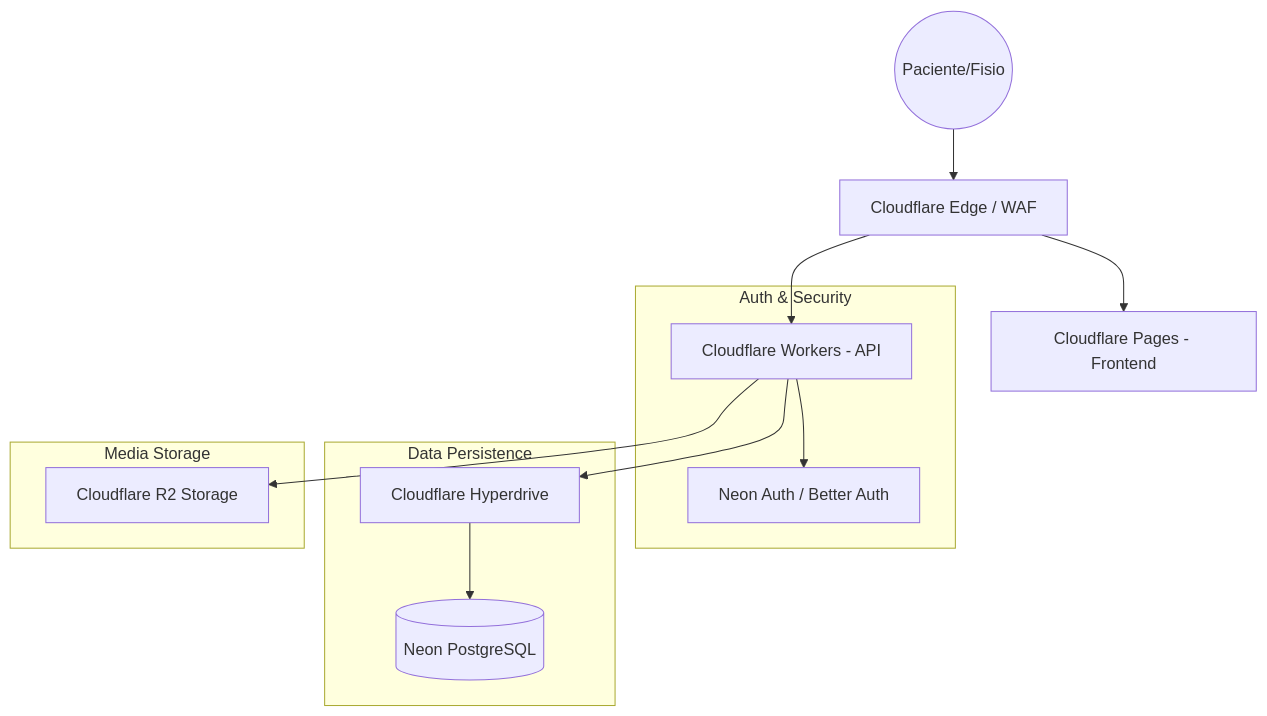
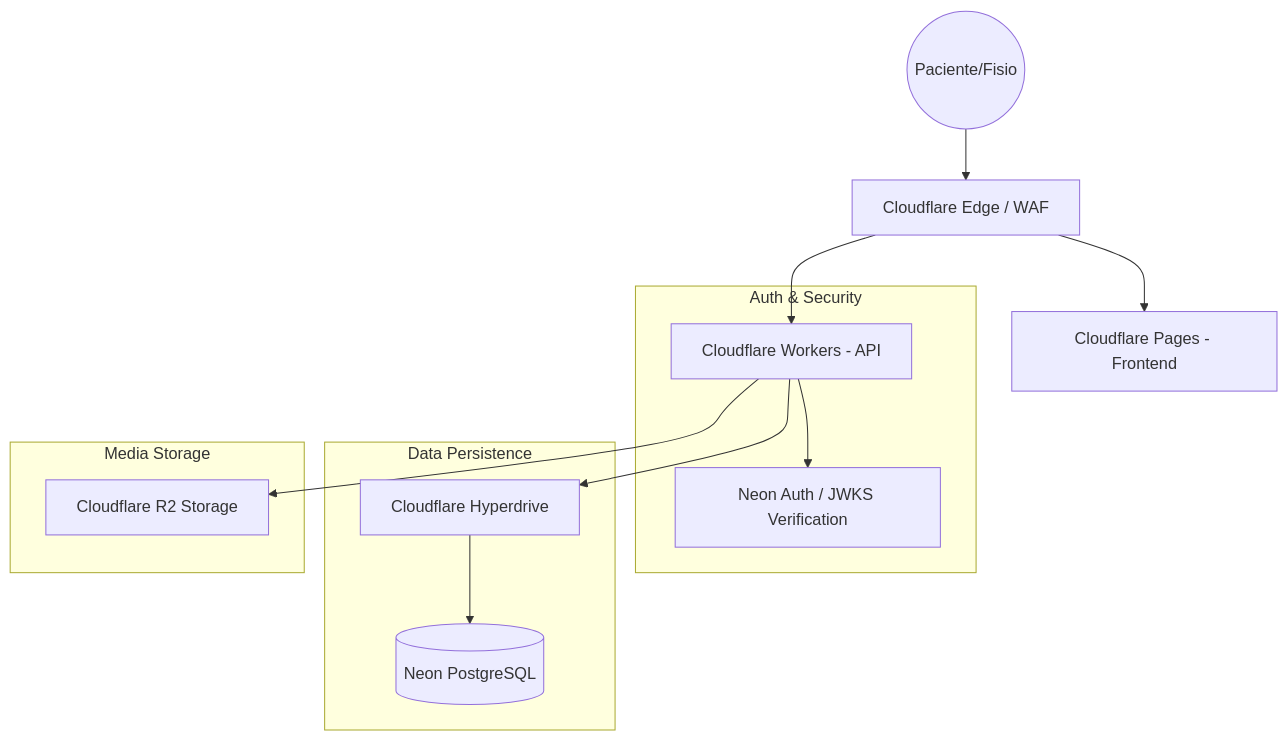
The diagram in ARCHITECTURE.md (rafaelminatto1/fisioflow-51658291), drawn with Mermaid before and after one commit. The commit also changed other lines of this file and 485 other files, not shown here.

Commit message:
chore: upgrade to Node v22, implement schema tests, and optimize production build pipeline

````diff
--- a/ARCHITECTURE.md
+++ b/ARCHITECTURE.md
@@ -25,19 +19,19 @@
 ```mermaid
 graph TD
     User((Paciente/Fisio)) --> CF_Edge[Cloudflare Edge / WAF]
     CF_Edge --> CF_Pages[Cloudflare Pages - Frontend]
     CF_Edge --> CF_Workers[Cloudflare Workers - API]
     
     subgraph "Auth & Security"
-        CF_Workers --> Neon_Auth[Neon Auth / Better Auth]
+        CF_Workers --> Neon_Auth[Neon Auth / JWKS Verification]
     end
     
     subgraph "Data Persistence"
         CF_Workers --> CF_Hyperdrive[Cloudflare Hyperdrive]
         CF_Hyperdrive --> Neon_DB[(Neon PostgreSQL)]
     end
     
     subgraph "Media Storage"
         CF_Workers --> CF_R2[Cloudflare R2 Storage]
     end
 ```
````
